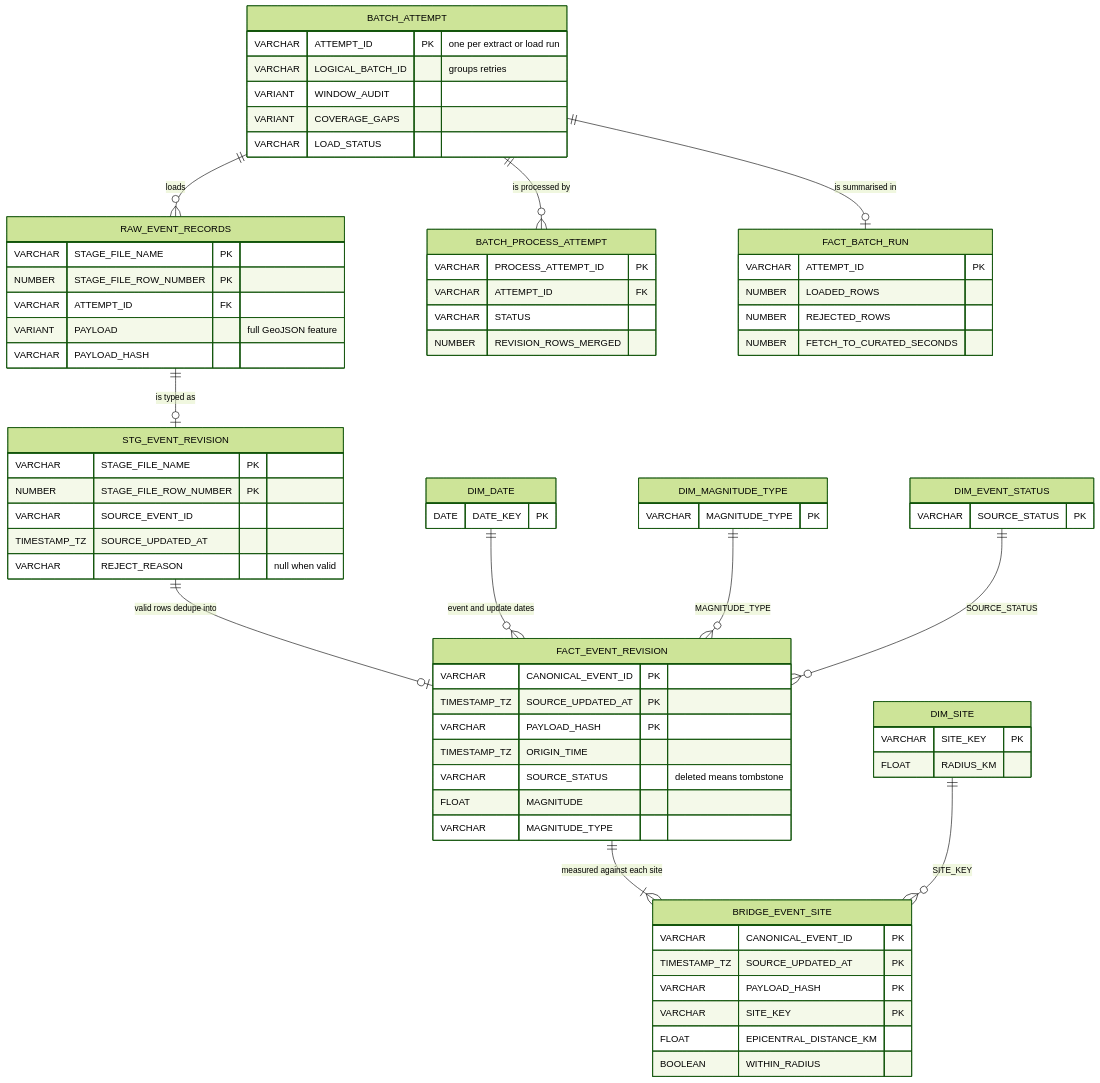
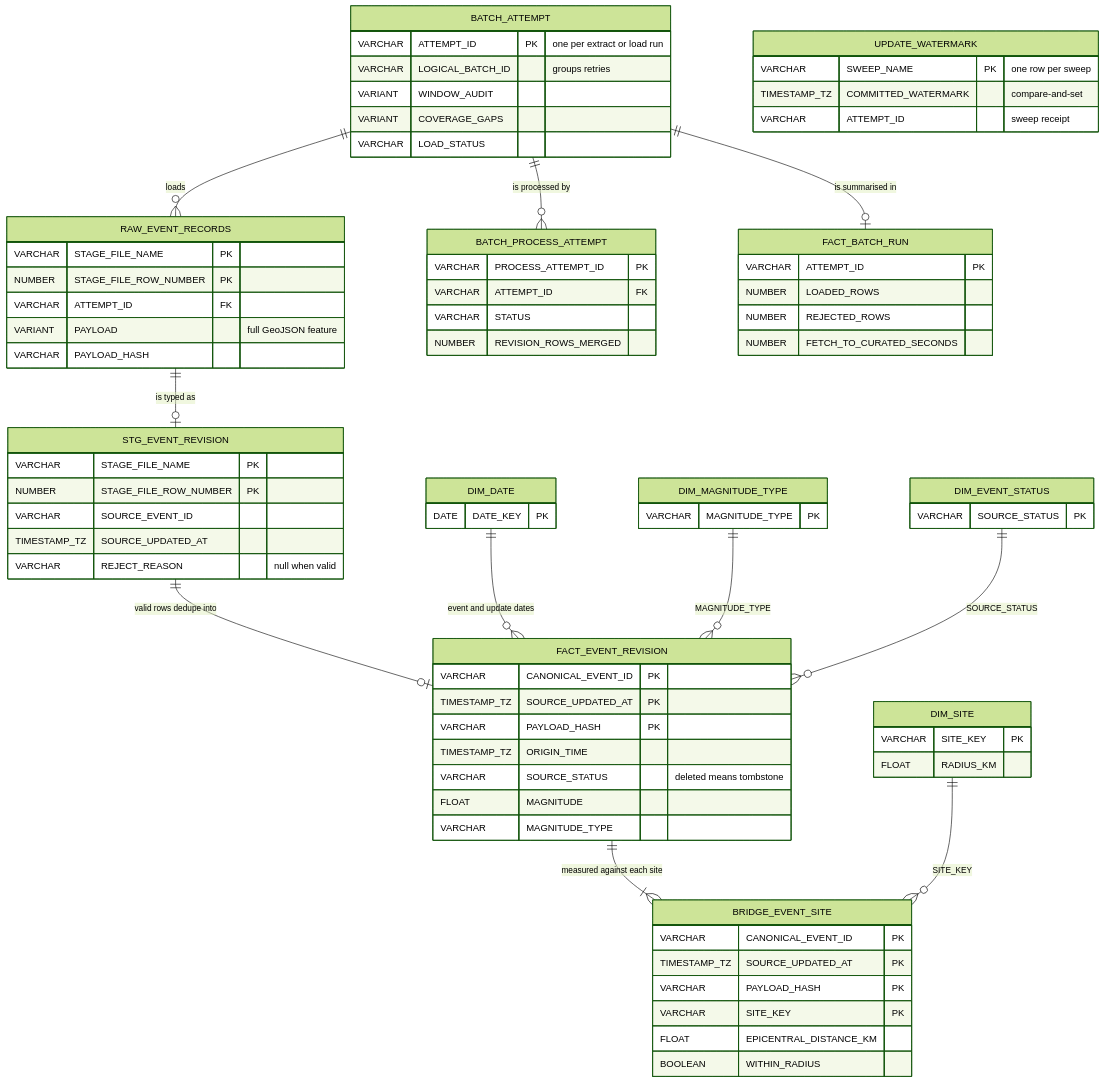
The diagram in docs/data-dictionary.md (kaarthikmohaan/quakewatch), drawn with Mermaid (forest theme) before and after one commit. The commit also changed other lines of this file and 5 other files, not shown here.

Commit message:
docs: sync test counts, ERD, and preview notes with the code

````diff
--- a/docs/data-dictionary.md
+++ b/docs/data-dictionary.md
@@ -32,77 +34,82 @@
 ```mermaid
 erDiagram
     BATCH_ATTEMPT ||--o{ RAW_EVENT_RECORDS : "loads"
     BATCH_ATTEMPT ||--o{ BATCH_PROCESS_ATTEMPT : "is processed by"
     BATCH_ATTEMPT ||--o| FACT_BATCH_RUN : "is summarised in"
     RAW_EVENT_RECORDS ||--o| STG_EVENT_REVISION : "is typed as"
     STG_EVENT_REVISION ||--o| FACT_EVENT_REVISION : "valid rows dedupe into"
     FACT_EVENT_REVISION ||--|{ BRIDGE_EVENT_SITE : "measured against each site"
     DIM_SITE ||--o{ BRIDGE_EVENT_SITE : "SITE_KEY"
     DIM_DATE ||--o{ FACT_EVENT_REVISION : "event and update dates"
     DIM_MAGNITUDE_TYPE ||--o{ FACT_EVENT_REVISION : "MAGNITUDE_TYPE"
     DIM_EVENT_STATUS ||--o{ FACT_EVENT_REVISION : "SOURCE_STATUS"
 
     BATCH_ATTEMPT {
         VARCHAR ATTEMPT_ID PK "one per extract or load run"
         VARCHAR LOGICAL_BATCH_ID "groups retries"
         VARIANT WINDOW_AUDIT
         VARIANT COVERAGE_GAPS
         VARCHAR LOAD_STATUS
     }
     RAW_EVENT_RECORDS {
         VARCHAR STAGE_FILE_NAME PK
         NUMBER STAGE_FILE_ROW_NUMBER PK
         VARCHAR ATTEMPT_ID FK
         VARIANT PAYLOAD "full GeoJSON feature"
         VARCHAR PAYLOAD_HASH
     }
     STG_EVENT_REVISION {
         VARCHAR STAGE_FILE_NAME PK
         NUMBER STAGE_FILE_ROW_NUMBER PK
         VARCHAR SOURCE_EVENT_ID
         TIMESTAMP_TZ SOURCE_UPDATED_AT
         VARCHAR REJECT_REASON "null when valid"
     }
     FACT_EVENT_REVISION {
         VARCHAR CANONICAL_EVENT_ID PK
         TIMESTAMP_TZ SOURCE_UPDATED_AT PK
         VARCHAR PAYLOAD_HASH PK
         TIMESTAMP_TZ ORIGIN_TIME
         VARCHAR SOURCE_STATUS "deleted means tombstone"
         FLOAT MAGNITUDE
         VARCHAR MAGNITUDE_TYPE
     }
     BRIDGE_EVENT_SITE {
         VARCHAR CANONICAL_EVENT_ID PK
         TIMESTAMP_TZ SOURCE_UPDATED_AT PK
         VARCHAR PAYLOAD_HASH PK
         VARCHAR SITE_KEY PK
         FLOAT EPICENTRAL_DISTANCE_KM
         BOOLEAN WITHIN_RADIUS
     }
     BATCH_PROCESS_ATTEMPT {
         VARCHAR PROCESS_ATTEMPT_ID PK
         VARCHAR ATTEMPT_ID FK
         VARCHAR STATUS
         NUMBER REVISION_ROWS_MERGED
     }
     FACT_BATCH_RUN {
         VARCHAR ATTEMPT_ID PK
         NUMBER LOADED_ROWS
         NUMBER REJECTED_ROWS
         NUMBER FETCH_TO_CURATED_SECONDS
     }
     DIM_SITE {
         VARCHAR SITE_KEY PK
         FLOAT RADIUS_KM
     }
     DIM_DATE {
         DATE DATE_KEY PK
     }
     DIM_MAGNITUDE_TYPE {
         VARCHAR MAGNITUDE_TYPE PK
     }
     DIM_EVENT_STATUS {
         VARCHAR SOURCE_STATUS PK
     }
+    UPDATE_WATERMARK {
+        VARCHAR SWEEP_NAME PK "one row per sweep"
+        TIMESTAMP_TZ COMMITTED_WATERMARK "compare-and-set"
+        VARCHAR ATTEMPT_ID "sweep receipt"
+    }
 ```
````
